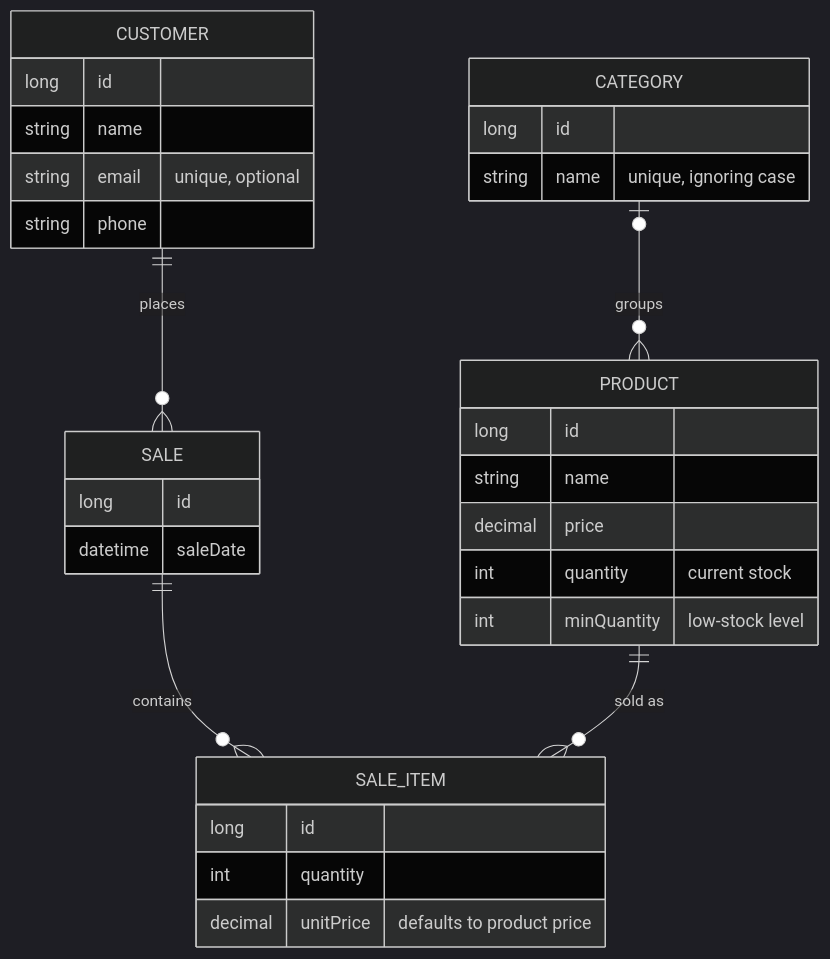
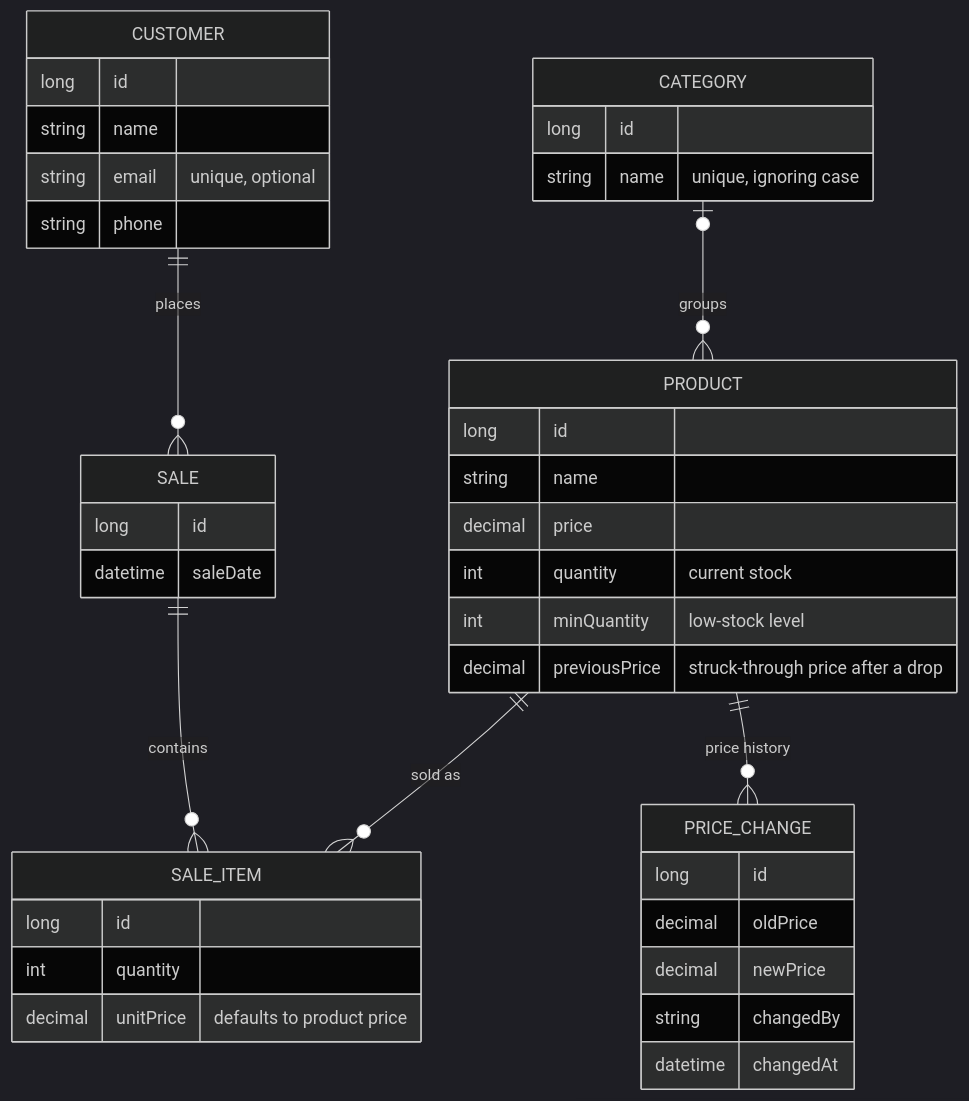
One commit to IlyasRachid20/stock-api changed the diagram in README.md. Above: the diagram before and after it, drawn with Mermaid (dark theme). The commit also changed other lines of this file and 26 other files, not shown here.

First line of the commit message:
Add price history and show recent price drops struck through

````diff
--- a/README.md
+++ b/README.md
@@ -69,34 +70,43 @@
 ```mermaid
 erDiagram
     CUSTOMER ||--o{ SALE : places
     SALE ||--o{ SALE_ITEM : contains
     PRODUCT ||--o{ SALE_ITEM : "sold as"
     CATEGORY |o--o{ PRODUCT : groups
+    PRODUCT ||--o{ PRICE_CHANGE : "price history"
 
     CUSTOMER {
         long id
         string name
         string email "unique, optional"
         string phone
     }
     CATEGORY {
         long id
         string name "unique, ignoring case"
     }
     PRODUCT {
         long id
         string name
         decimal price
         int quantity "current stock"
         int minQuantity "low-stock level"
+        decimal previousPrice "struck-through price after a drop"
+    }
+    PRICE_CHANGE {
+        long id
+        decimal oldPrice
+        decimal newPrice
+        string changedBy
+        datetime changedAt
     }
     SALE {
         long id
         datetime saleDate
     }
     SALE_ITEM {
         long id
         int quantity
         decimal unitPrice "defaults to product price"
     }
 ```
````
